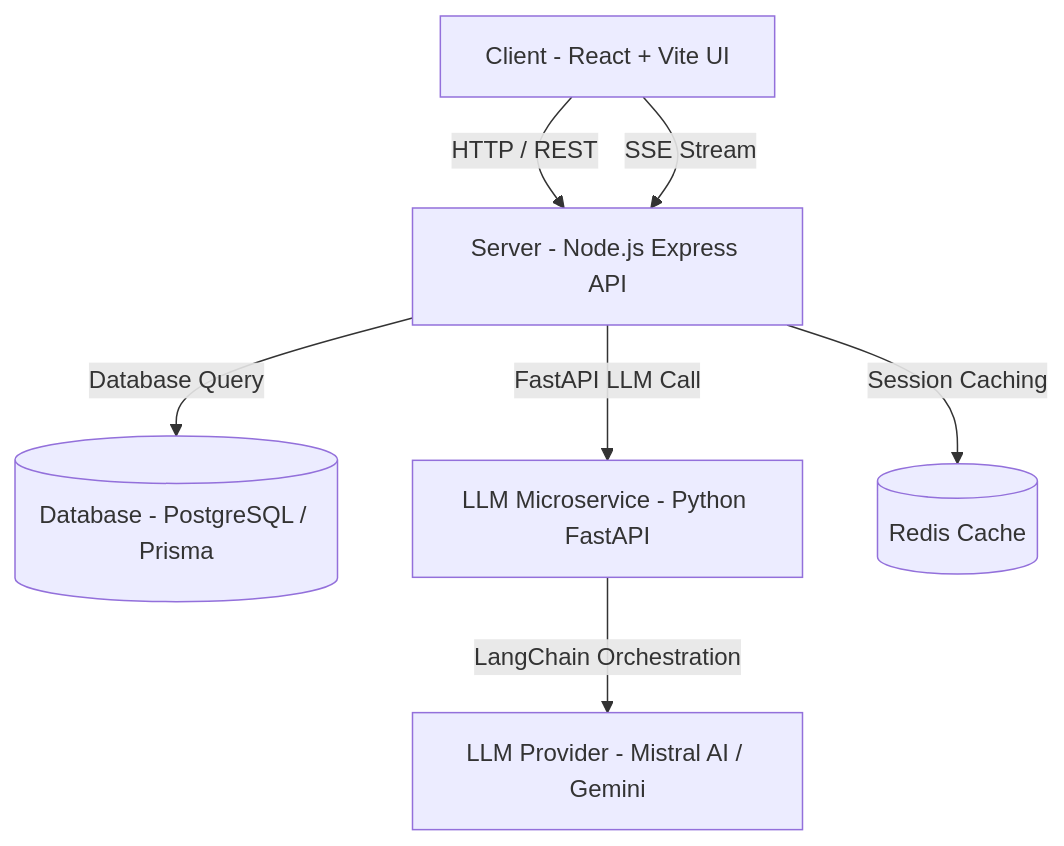
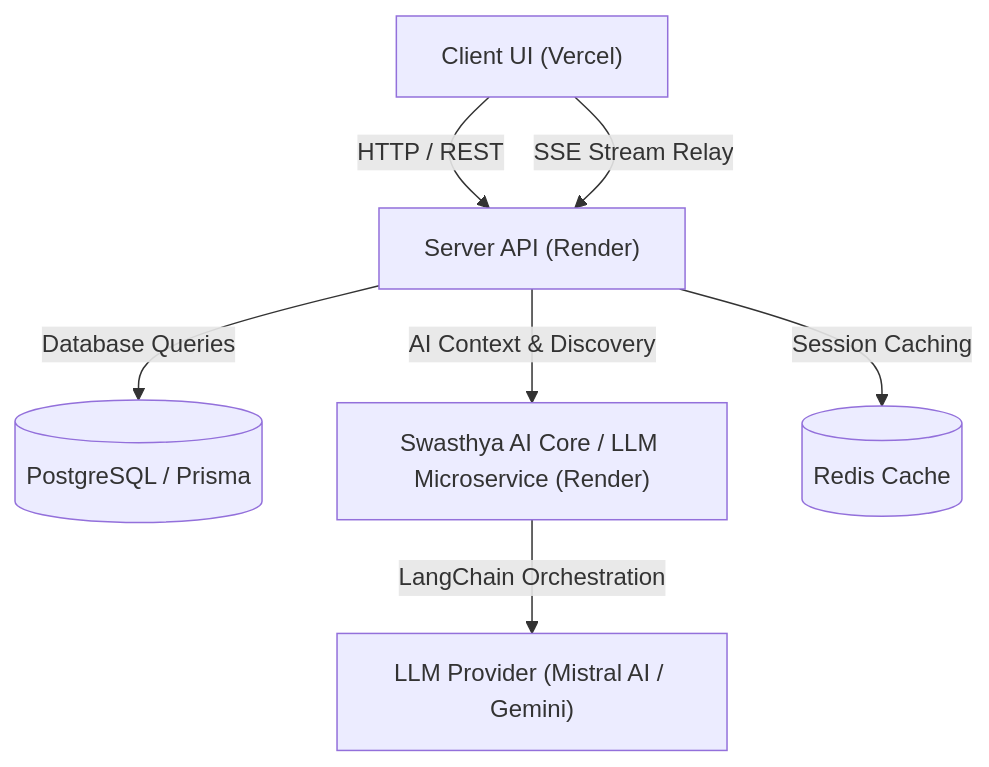
Before and after one commit to Amankumar140/MedPath: the diagram in README.md, drawn with Mermaid. The commit also changed other lines of this file, not shown here.

````diff
--- a/README.md
+++ b/README.md
@@ -25,9 +37,9 @@
 ```mermaid
 graph TD
-    A[Client - React + Vite UI] -->|HTTP / REST| B[Server - Node.js Express API]
-    A -->|SSE Stream| B
-    B -->|Database Query| C[(Database - PostgreSQL / Prisma)]
-    B -->|FastAPI LLM Call| D[LLM Microservice - Python FastAPI]
-    D -->|LangChain Orchestration| E[LLM Provider - Mistral AI / Gemini]
+    A["Client UI (Vercel)"] -->|HTTP / REST| B["Server API (Render)"]
+    A -->|SSE Stream Relay| B
+    B -->|Database Queries| C[(PostgreSQL / Prisma)]
+    B -->|AI Context & Discovery| D["Swasthya AI Core / LLM Microservice (Render)"]
+    D -->|LangChain Orchestration| E["LLM Provider (Mistral AI / Gemini)"]
     B -->|Session Caching| F[(Redis Cache)]
 ```
````
